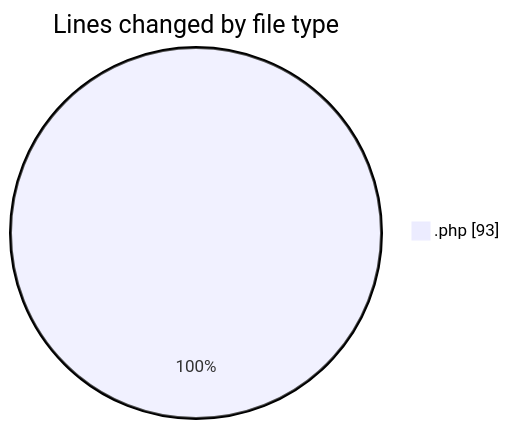
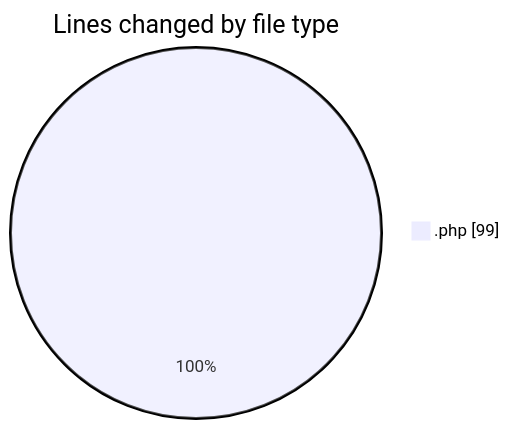
The first of 2 diagrams in 2025-01-15/oficina/README.md (LanceThiago/code-tracking), drawn with Mermaid before and after one commit. The commit also changed other lines of this file and 1 other file, not shown here.

````diff
--- a/2025-01-15/oficina/README.md
+++ b/2025-01-15/oficina/README.md
@@ -21,5 +21,5 @@
 ```mermaid
 pie showData
 title Lines changed by file type
-".php" : 93
+".php" : 99
 ```
````
